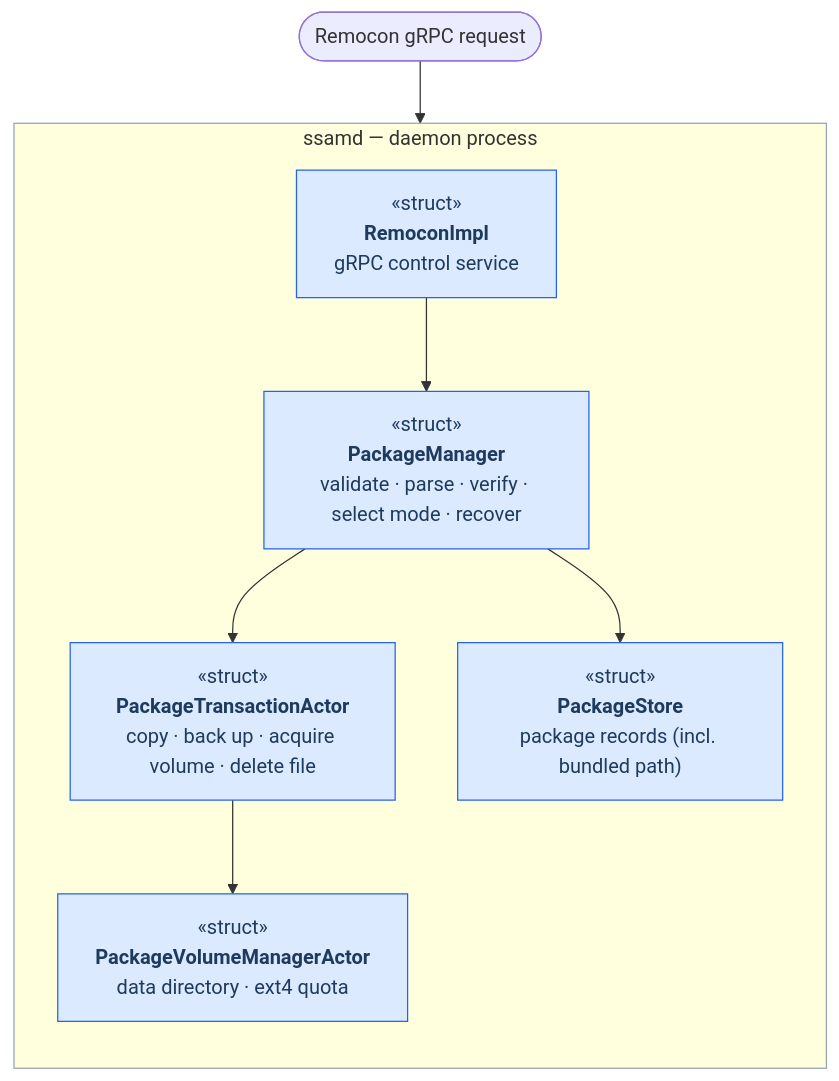
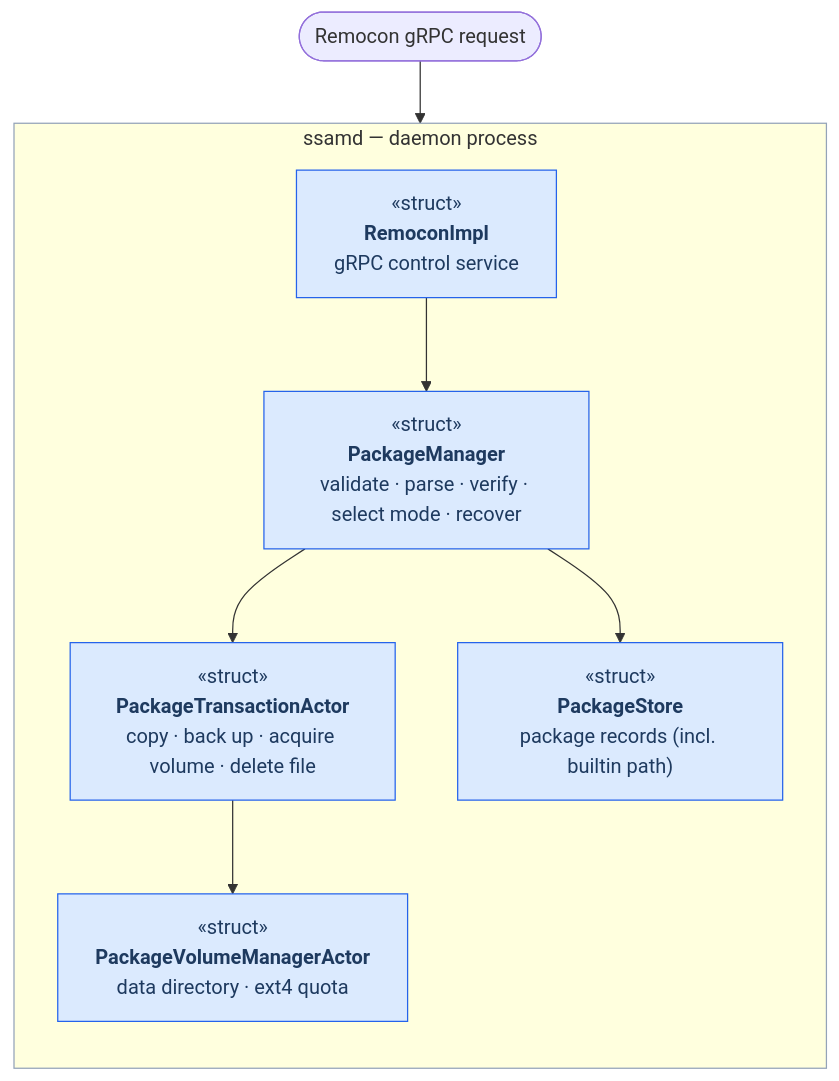
Before and after one commit to mobis-oss/ssam: the second of 2 diagrams in docs/architecture/package-management.md, drawn with Mermaid. The commit also changed other lines of this file and 46 other files, not shown here.

````diff
--- a/docs/architecture/package-management.md
+++ b/docs/architecture/package-management.md
@@ -39,16 +43,16 @@
 ```mermaid
 flowchart TB
   START(["Remocon gRPC request"]) --> RS
 
   subgraph SD["ssamd — daemon process"]
     direction TB
     RS["«struct»<br/><b>RemoconImpl</b><br/>gRPC control service"] --> PM["«struct»<br/><b>PackageManager</b><br/>validate · parse · verify · select mode · recover"]
     PM --> PT["«struct»<br/><b>PackageTransactionActor</b><br/>copy · back up · acquire volume · delete file"]
-    PM --> PS["«struct»<br/><b>PackageStore</b><br/>package records (incl. bundled path)"]
+    PM --> PS["«struct»<br/><b>PackageStore</b><br/>package records (incl. builtin path)"]
     PT --> PV["«struct»<br/><b>PackageVolumeManagerActor</b><br/>data directory · ext4 quota"]
   end
 
   classDef actor fill:#dbeafe,stroke:#2563eb,color:#1e3a5f;
   class RS,PM,PT,PS,PV actor;
   style SD stroke:#94a3b8
 ```
````
